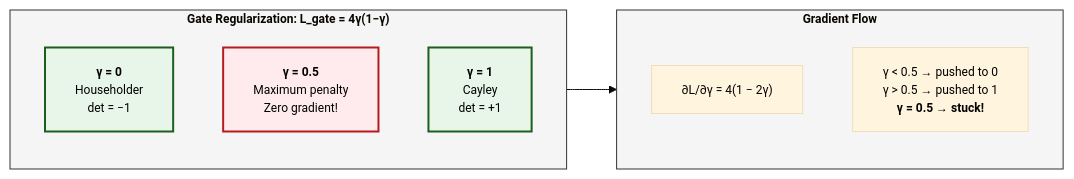
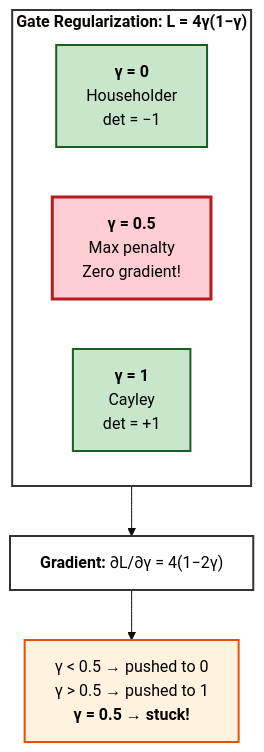
One commit to arash-shahmansoori/edelta changed the sixth of 7 diagrams in docs/RESEARCH.md. Above: the diagram before and after it, drawn with Mermaid.

Commit message:
Increase Figure 5 font to 16px for better visibility

````diff
--- a/docs/RESEARCH.md
+++ b/docs/RESEARCH.md
@@ -1104,24 +1104,20 @@
 ```mermaid
-%%{init: {'theme': 'base', 'themeVariables': { 'fontSize': '12px', 'fontFamily': 'Arial, Helvetica, sans-serif', 'primaryTextColor': '#000000'}}}%%
-flowchart LR
-    subgraph PENALTY["<b>Gate Regularization: L_gate = 4γ(1−γ)</b>"]
-        direction TB
+%%{init: {'theme': 'base', 'themeVariables': { 'fontSize': '16px', 'fontFamily': 'Arial', 'primaryTextColor': '#000000'}}}%%
+flowchart TB
+    subgraph REG["<b>Gate Regularization: L = 4γ(1−γ)</b>"]
+        direction LR
         G0["<b>γ = 0</b><br/>Householder<br/>det = −1"]
-        G05["<b>γ = 0.5</b><br/>Maximum penalty<br/>Zero gradient!"]
+        G05["<b>γ = 0.5</b><br/>Max penalty<br/>Zero gradient!"]
         G1["<b>γ = 1</b><br/>Cayley<br/>det = +1"]
     end
     
-    subgraph DYNAMICS["<b>Gradient Flow</b>"]
-        direction TB
-        GR["∂L/∂γ = 4(1 − 2γ)"]
-        DIR["γ < 0.5 → pushed to 0<br/>γ > 0.5 → pushed to 1<br/><b>γ = 0.5 → stuck!</b>"]
-    end
+    REG --> GRAD["<b>Gradient:</b> ∂L/∂γ = 4(1−2γ)"]
+    GRAD --> RES["γ < 0.5 → pushed to 0<br/>γ > 0.5 → pushed to 1<br/><b>γ = 0.5 → stuck!</b>"]
     
-    PENALTY --> DYNAMICS
-    
-    style G0 fill:#e8f5e9,stroke:#1b5e20,stroke-width:2px
-    style G05 fill:#ffebee,stroke:#b71c1c,stroke-width:2px
-    style G1 fill:#e8f5e9,stroke:#1b5e20,stroke-width:2px
-    style PENALTY fill:#f5f5f5,stroke:#333333,stroke-width:1px
-    style DYNAMICS fill:#f5f5f5,stroke:#333333,stroke-width:1px
+    style G0 fill:#c8e6c9,stroke:#1b5e20,stroke-width:2px
+    style G05 fill:#ffcdd2,stroke:#b71c1c,stroke-width:3px
+    style G1 fill:#c8e6c9,stroke:#1b5e20,stroke-width:2px
+    style REG fill:#ffffff,stroke:#333333,stroke-width:2px
+    style GRAD fill:#ffffff,stroke:#333333,stroke-width:2px
+    style RES fill:#fff3e0,stroke:#e65100,stroke-width:2px
 ```
````
